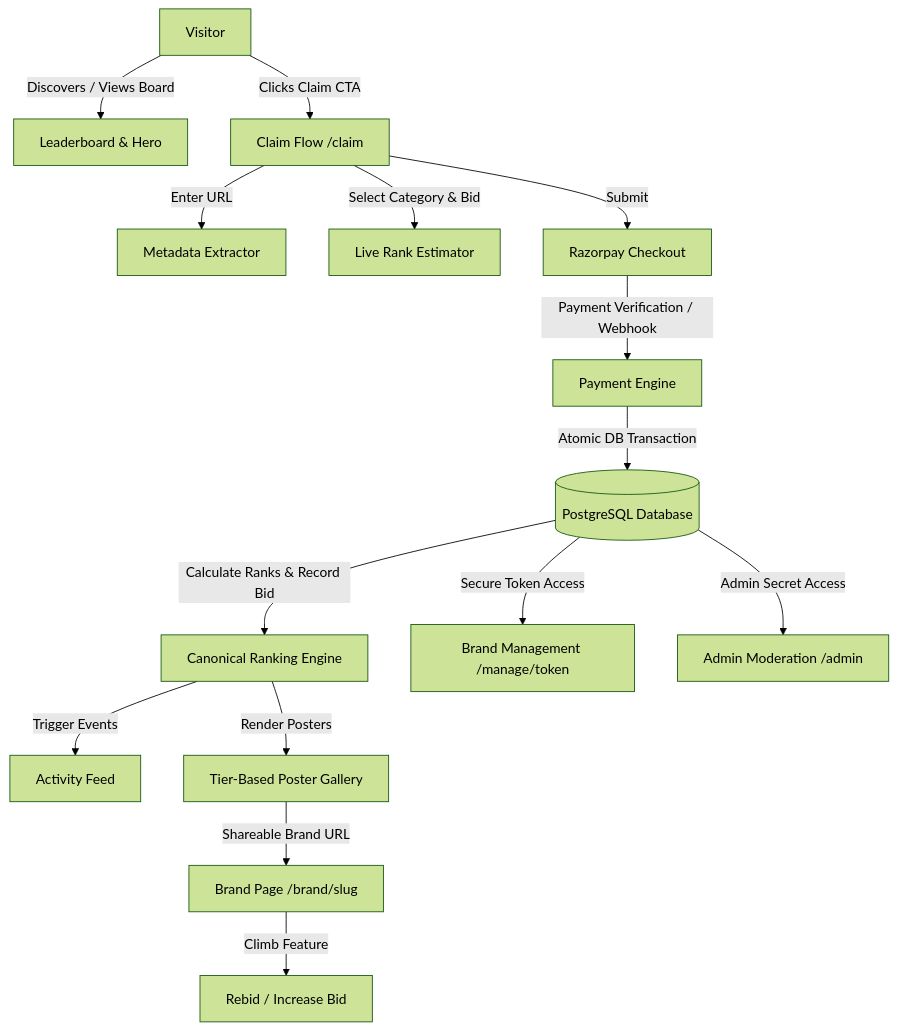
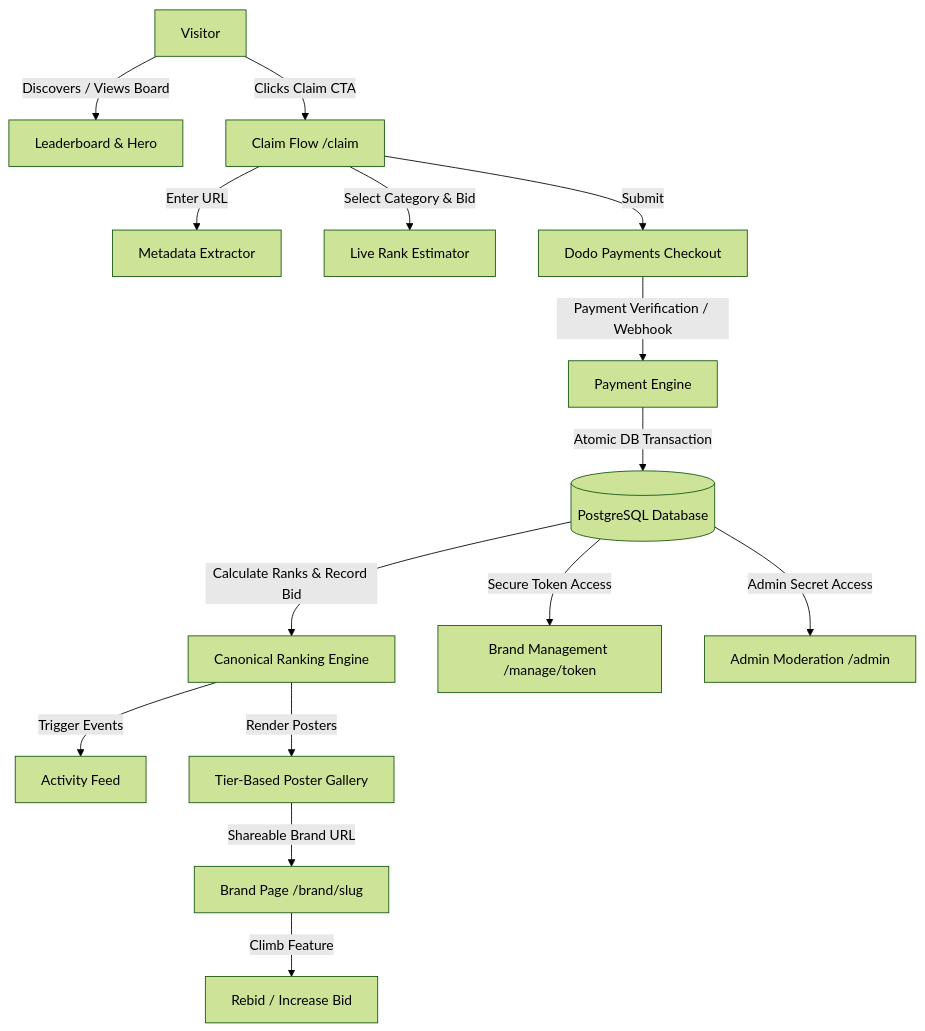
Before and after one commit to Sohil-K16/Brandbid: the diagram in implementation_plan.md, drawn with Mermaid (forest theme). The commit also changed other lines of this file and 54 other files, not shown here.

Commit message:
feat(payments): complete migration to Dodo Payments with production security and test coverage

````diff
--- a/implementation_plan.md
+++ b/implementation_plan.md
@@ -22,17 +22,17 @@
 ```mermaid
 graph TD
     A[Visitor] -->|Discovers / Views Board| B[Leaderboard & Hero]
     A -->|Clicks Claim CTA| C[Claim Flow /claim]
     C -->|Enter URL| D[Metadata Extractor]
     C -->|Select Category & Bid| E[Live Rank Estimator]
-    C -->|Submit| F[Razorpay Checkout]
+    C -->|Submit| F[Dodo Payments Checkout]
     F -->|Payment Verification / Webhook| G[Payment Engine]
     G -->|Atomic DB Transaction| H[(PostgreSQL Database)]
     H -->|Calculate Ranks & Record Bid| I[Canonical Ranking Engine]
     I -->|Trigger Events| J[Activity Feed]
     I -->|Render Posters| K[Tier-Based Poster Gallery]
     K -->|Shareable Brand URL| L[Brand Page /brand/slug]
     L -->|Climb Feature| M[Rebid / Increase Bid]
     H -->|Secure Token Access| N[Brand Management /manage/token]
     H -->|Admin Secret Access| O[Admin Moderation /admin]
 ```
````
